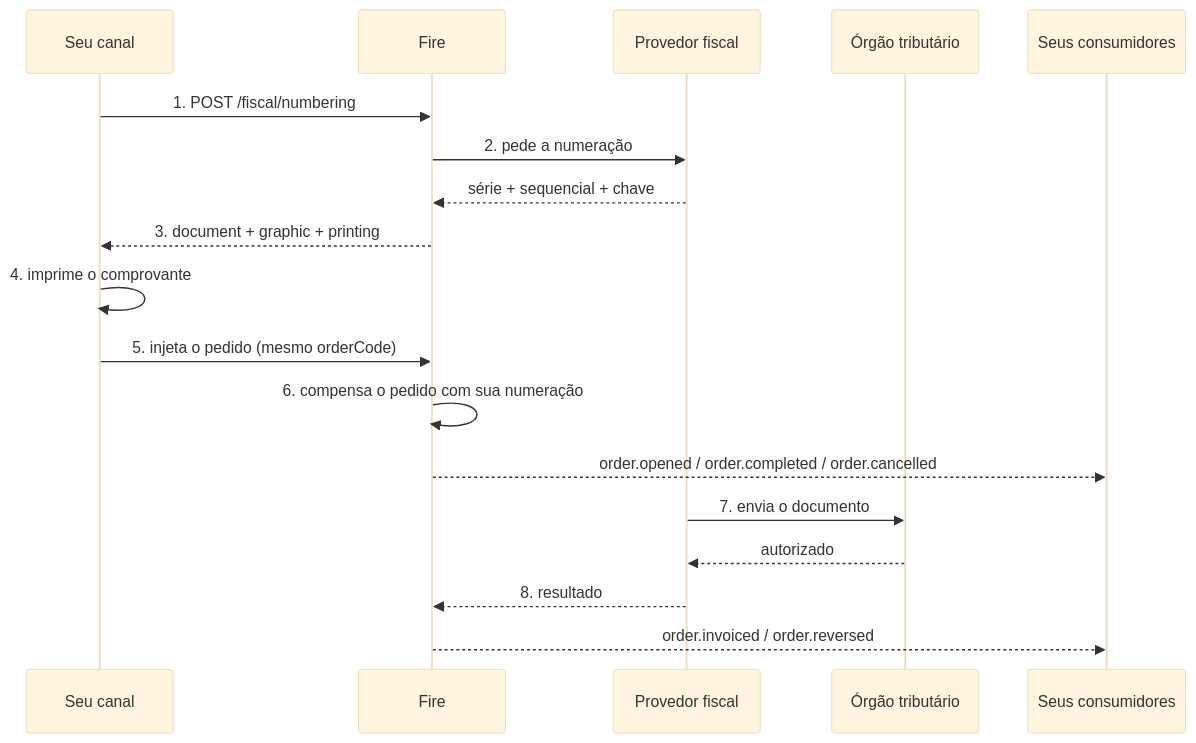
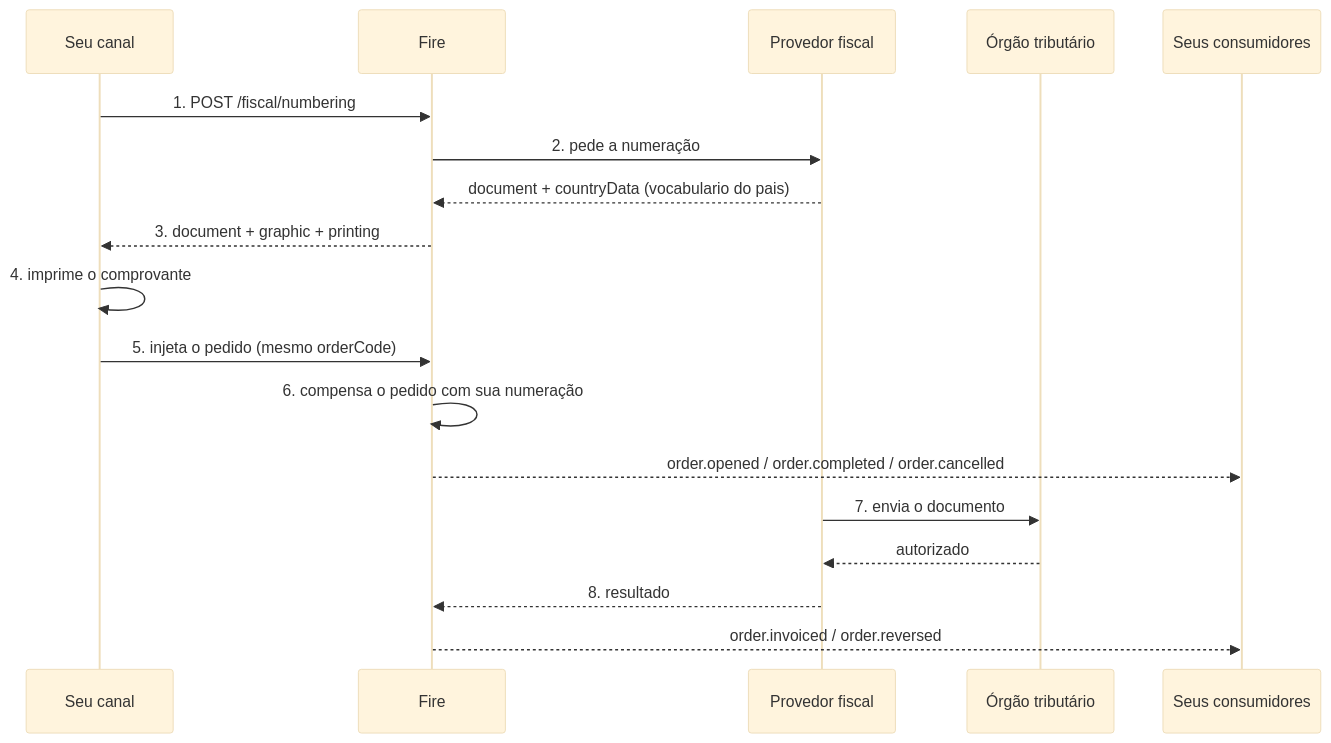
Before and after one commit to fire-rest/documentation: the diagram in pt/guides/fiscal-integration.mdx, drawn with Mermaid (base theme). The commit also changed other lines of this file and 32 other files, not shown here.

````diff
--- a/pt/guides/fiscal-integration.mdx
+++ b/pt/guides/fiscal-integration.mdx
@@ -38,21 +38,21 @@
 ```mermaid
 sequenceDiagram
     participant POS as Seu canal
     participant Fire
     participant Prov as Provedor fiscal
     participant Orgao as Órgão tributário
     participant Cons as Seus consumidores
 
     POS->>Fire: 1. POST /fiscal/numbering
     Fire->>Prov: 2. pede a numeração
-    Prov-->>Fire: série + sequencial + chave
+    Prov-->>Fire: document + countryData (vocabulario do pais)
     Fire-->>POS: 3. document + graphic + printing
     POS->>POS: 4. imprime o comprovante
     POS->>Fire: 5. injeta o pedido (mesmo orderCode)
     Fire->>Fire: 6. compensa o pedido com sua numeração
     Fire-->>Cons: order.opened / order.completed / order.cancelled
     Prov->>Orgao: 7. envia o documento
     Orgao-->>Prov: autorizado
     Prov-->>Fire: 8. resultado
     Fire-->>Cons: order.invoiced / order.reversed
 ```
````
